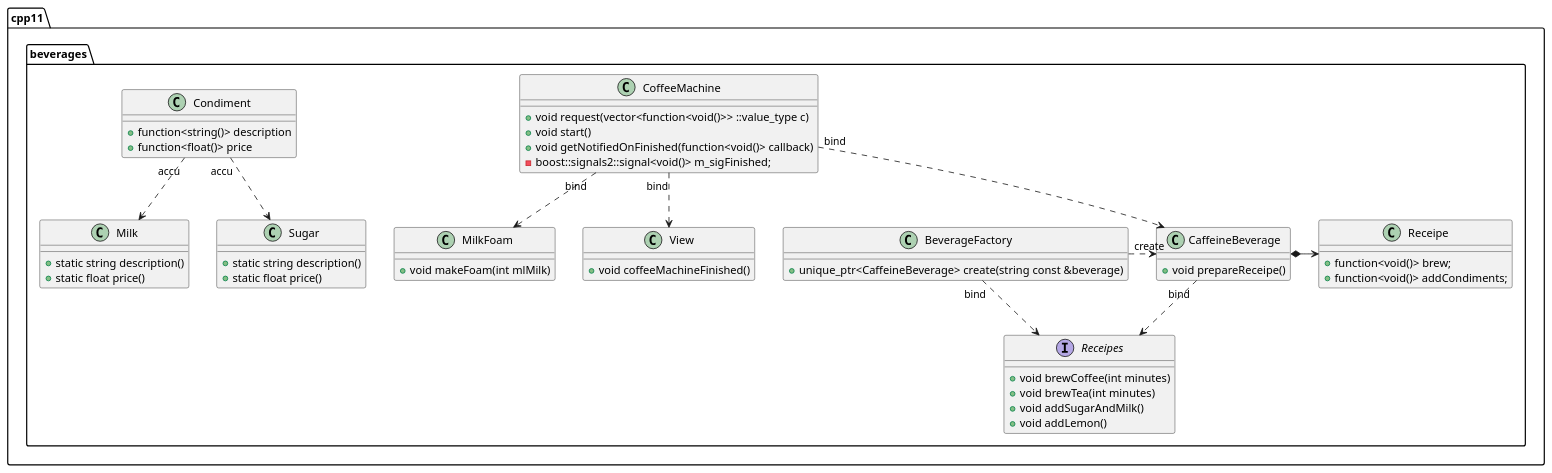
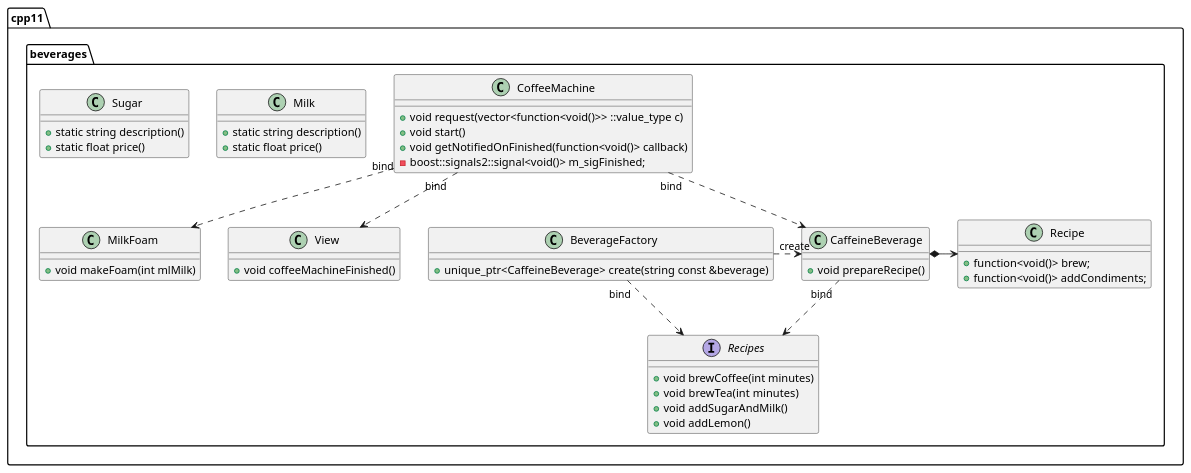
One commit to jiaqiwang969/Effective-Gof-Patterns changed the diagram in patterns_cpp11.cpp.wsd. Above: the diagram before and after it, drawn with PlantUML. The commit also changed 41 other files, not shown here.

```diff
--- a/patterns_cpp11.cpp.wsd
+++ b/patterns_cpp11.cpp.wsd
@@ -1,78 +1,78 @@
 @startuml
 set namespaceSeparator ::
 
 class cpp11::beverages::CaffeineBeverage {
-+ void prepareReceipe()
++ void prepareRecipe()
 }
 
 class cpp11::beverages::CoffeeMachine {
 + void request(vector<function<void()>> ::value_type c)
 + void start()
 + void getNotifiedOnFinished(function<void()> callback)
 - boost::signals2::signal<void()> m_sigFinished;
 }
 
-class cpp11::beverages::Condiment {
-+ function<string()> description
-+ function<float()> price
-}
+' class cpp11::beverages::Condiment {
+' + function<string()> description
+' + function<float()> price
+' }
 
 class cpp11::beverages::Milk {
 + static string description()
 + static float price()
 }
 
 class cpp11::beverages::Sugar {
 + static string description()
 + static float price()
 }
 
 
 class cpp11::beverages::MilkFoam {
 + void makeFoam(int mlMilk)
 }
 
-class cpp11::beverages::Receipe {
+class cpp11::beverages::Recipe {
 + function<void()> brew;
 + function<void()> addCondiments;
 }
 
-interface cpp11::beverages::Receipes {
+interface cpp11::beverages::Recipes {
 + void brewCoffee(int minutes)
 + void brewTea(int minutes)
 + void addSugarAndMilk()
 + void addLemon()
 }
 
 
 class cpp11::beverages::View
 {
 + void coffeeMachineFinished()
 }
 
 class cpp11::beverages::BeverageFactory
 {
 + unique_ptr<CaffeineBeverage> create(string const &beverage)
 
 }
 
 cpp11::beverages::BeverageFactory "create".right.> cpp11::beverages::CaffeineBeverage
 
-cpp11::beverages::BeverageFactory "bind".right.> cpp11::beverages::Receipes
+cpp11::beverages::BeverageFactory "bind".right.> cpp11::beverages::Recipes
 
-cpp11::beverages::CaffeineBeverage *-right-> cpp11::beverages::Receipe
+cpp11::beverages::CaffeineBeverage *-right-> cpp11::beverages::Recipe
 
 cpp11::beverages::CoffeeMachine "bind"..> cpp11::beverages::CaffeineBeverage
 
-cpp11::beverages::CaffeineBeverage "bind"..> cpp11::beverages::Receipes
+cpp11::beverages::CaffeineBeverage "bind"..> cpp11::beverages::Recipes
 
 
 cpp11::beverages::CoffeeMachine "bind"..> cpp11::beverages::MilkFoam
 
 cpp11::beverages::CoffeeMachine "bind"..> cpp11::beverages::View
 
-cpp11::beverages::Condiment "accu"..>  cpp11::beverages::Milk
-cpp11::beverages::Condiment "accu"..>  cpp11::beverages::Sugar
+' cpp11::beverages::Condiment "accu"..>  cpp11::beverages::Milk
+' cpp11::beverages::Condiment "accu"..>  cpp11::beverages::Sugar
 
 
 @enduml
```
